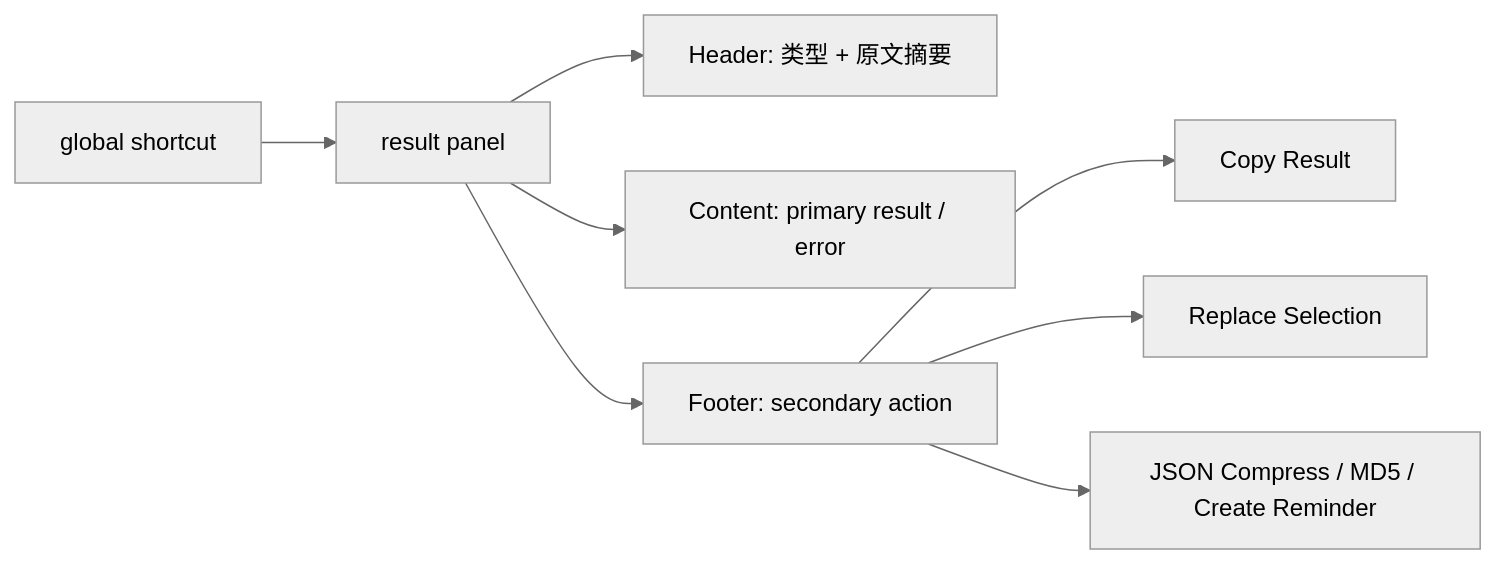
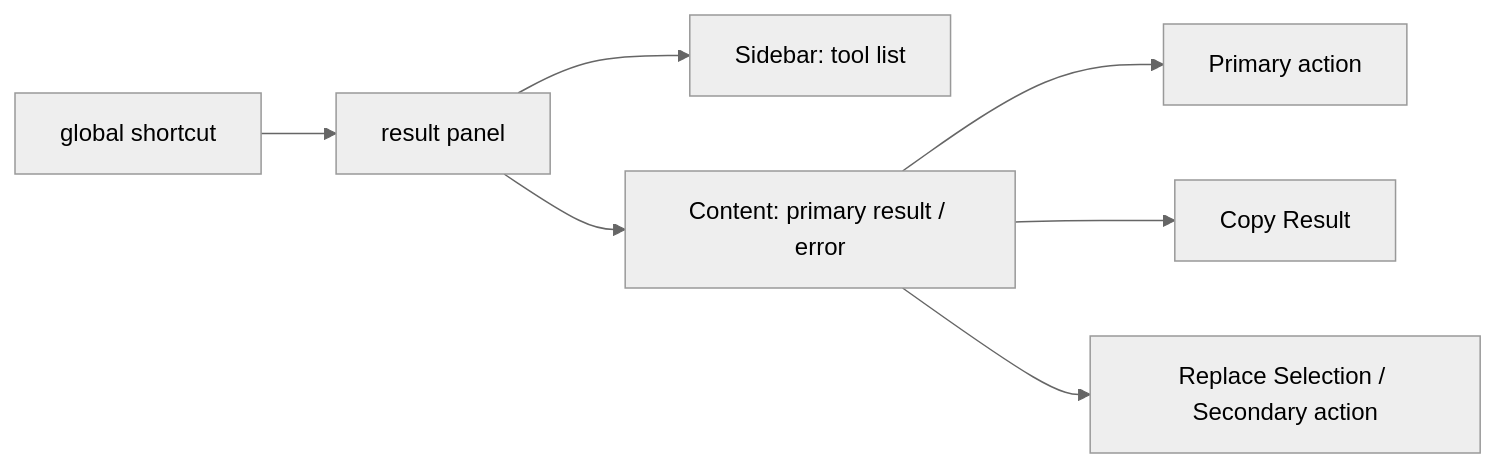
Before and after one commit to SaneHe/mac-tools: the second of 2 diagrams in docs/ui/mac-text-actions-ui.md, drawn with Mermaid (neutral theme). The commit also changed other lines of this file and 3 other files, not shown here.

````diff
--- a/docs/ui/mac-text-actions-ui.md
+++ b/docs/ui/mac-text-actions-ui.md
@@ -79,10 +103,9 @@
 ```mermaid
 flowchart LR
     A["global shortcut"] --> B["result panel"]
-    B --> C["Header: 类型 + 原文摘要"]
+    B --> C["Sidebar: tool list"]
     B --> D["Content: primary result / error"]
-    B --> E["Footer: secondary action"]
-    E --> F["Copy Result"]
-    E --> G["Replace Selection"]
-    E --> H["JSON Compress / MD5 / Create Reminder"]
+    D --> E["Primary action"]
+    D --> F["Copy Result"]
+    D --> G["Replace Selection / Secondary action"]
 ```
````
